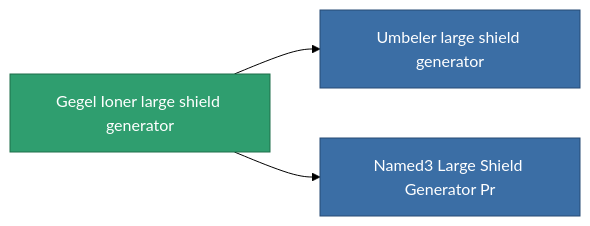
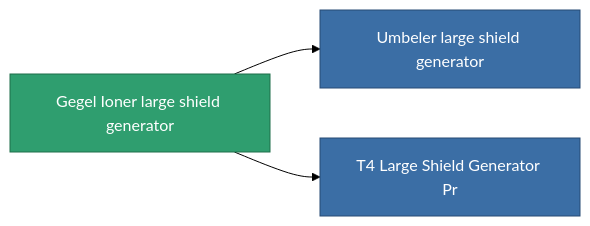
One commit to OpenPerpetuum/Wiki changed the diagram in content/content/items/named2_large_shield_generator.md. Above: the diagram before and after it, drawn with Mermaid (forest theme). The commit also changed other lines of this file and 4904 other files, not shown here.

````diff
--- a/content/content/items/named2_large_shield_generator.md
+++ b/content/content/items/named2_large_shield_generator.md
@@ -74,13 +52,13 @@
 ```mermaid
 graph LR
     a["Gegel Ioner large shield generator"]:::current
     b["Umbeler large shield generator"]:::prod
     a --> b
     click b "/content/items/named3-large-shield-generator/" "Umbeler large shield generator"
-    c["Named3 Large Shield Generator Pr"]:::prod
+    c["T4 Large Shield Generator Pr"]:::prod
     a --> c
-    click c "/content/items/named3-large-shield-generator-pr/" "Named3 Large Shield Generator Pr"
+    click c "/content/items/named3-large-shield-generator-pr/" "T4 Large Shield Generator Pr"
     classDef current fill:#2f9e6f,stroke:#1f6f4a,color:#ffffff
     classDef prod fill:#3b6ea5,stroke:#274a75,color:#ffffff
     classDef more fill:#39445a,stroke:#54658a,color:#d5dbe8
 ```
````
